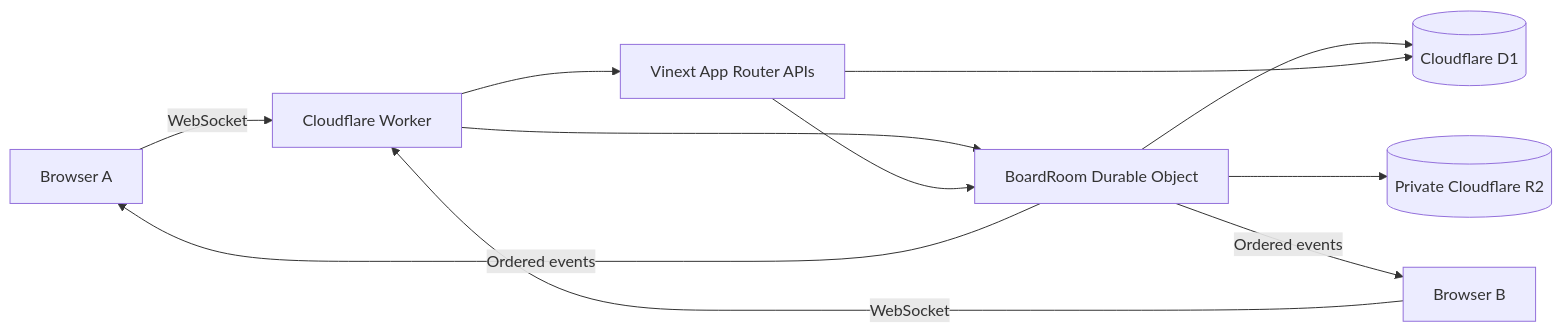
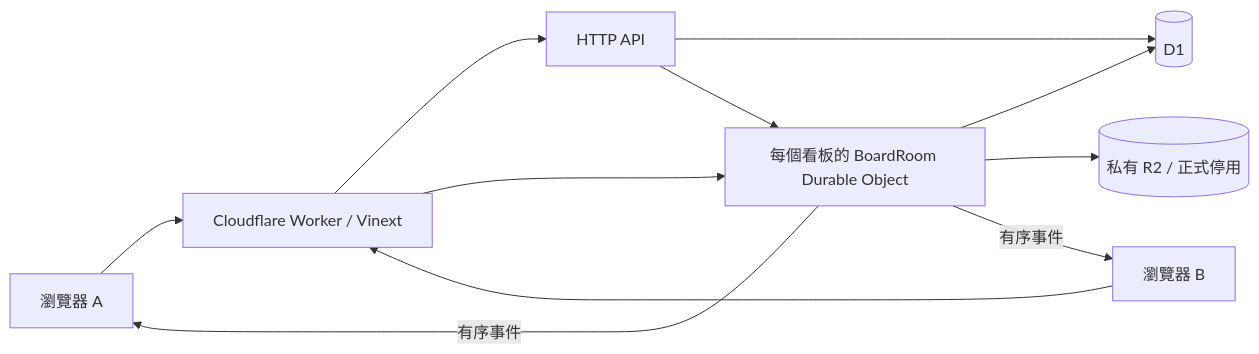
The diagram in README.md (happyloa/collab-edge), drawn with Mermaid before and after one commit. The commit also changed other lines of this file and 4 other files, not shown here.

````diff
--- a/README.md
+++ b/README.md
@@ -52,13 +82,13 @@
 ```mermaid
 flowchart LR
-    A[Browser A] -->|WebSocket| W[Cloudflare Worker]
-    B[Browser B] -->|WebSocket| W
-    W --> D[BoardRoom Durable Object]
-    W --> H[Vinext App Router APIs]
+    A[瀏覽器 A] --> W[Cloudflare Worker / Vinext]
+    B[瀏覽器 B] --> W
+    W --> H[HTTP API]
+    W --> D[每個看板的 BoardRoom Durable Object]
+    H --> DB[(D1)]
     H --> D
-    D --> DB[(Cloudflare D1)]
-    H --> DB
-    D --> R2[(Private Cloudflare R2)]
-    D -->|Ordered events| A
-    D -->|Ordered events| B
+    D --> DB
+    D --> R[(私有 R2 / 正式停用)]
+    D -->|有序事件| A
+    D -->|有序事件| B
 ```
````
